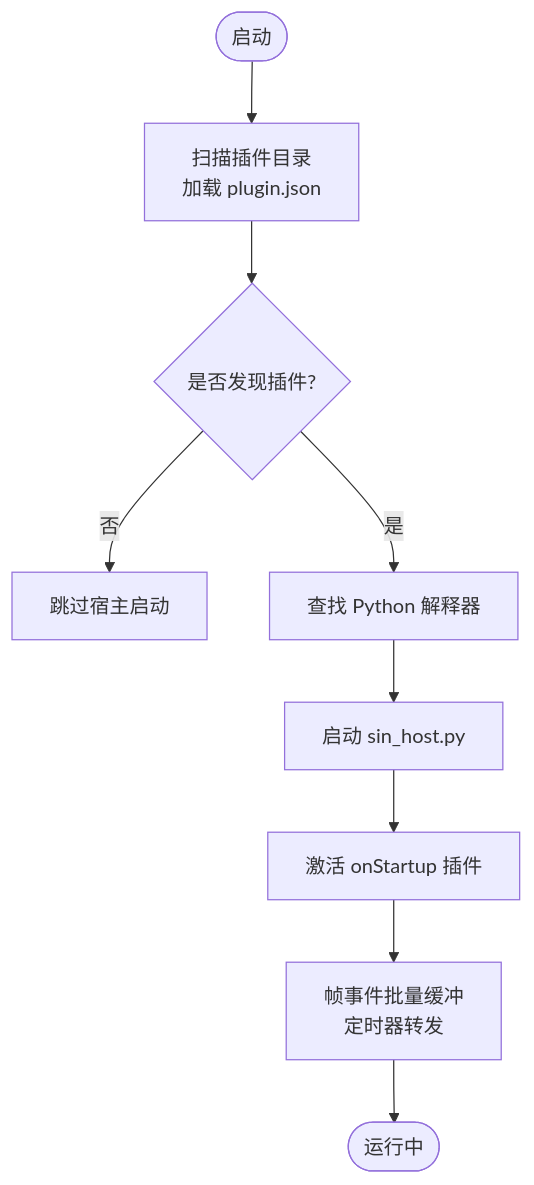
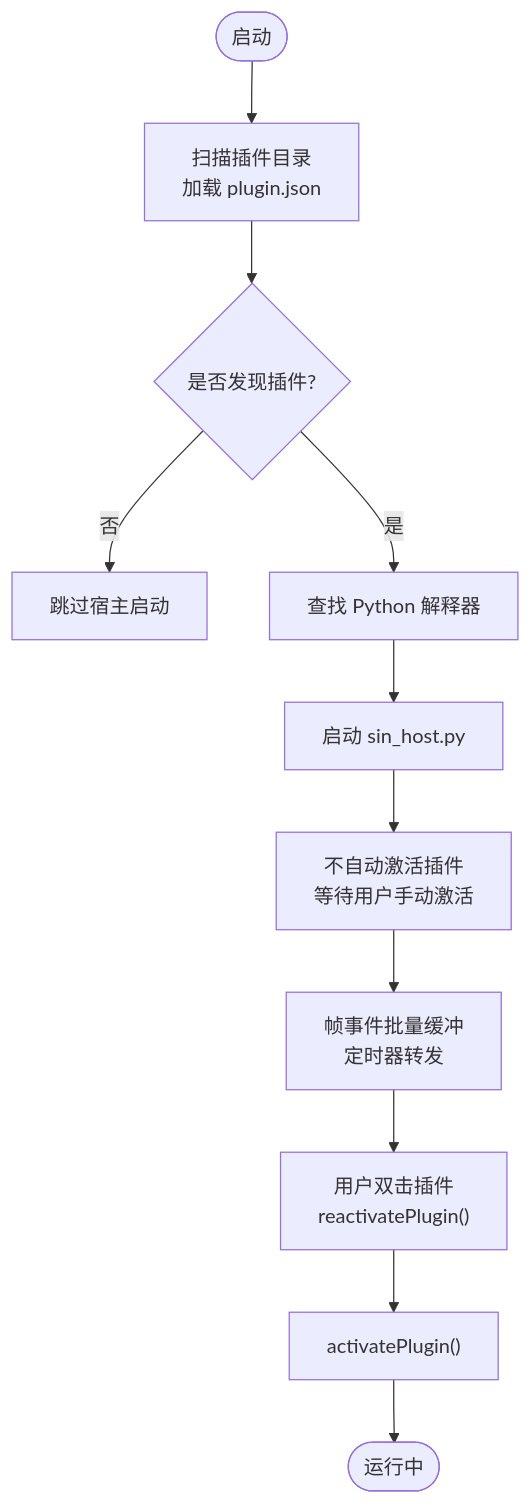
One commit to jakecai1225-design/OpenBus changed the fifth of 9 diagrams in .qoder/repowiki/zh/content/架构设计/插件系统架构/扩展面板系统.md. Above: the diagram before and after it, drawn with Mermaid. The commit also changed other lines of this file and 5 other files, not shown here.

````diff
--- a/.qoder/repowiki/zh/content/架构设计/插件系统架构/扩展面板系统.md
+++ b/.qoder/repowiki/zh/content/架构设计/插件系统架构/扩展面板系统.md
@@ -231,11 +244,13 @@
 ```mermaid
 flowchart TD
 Start(["启动"]) --> Discover["扫描插件目录<br/>加载 plugin.json"]
 Discover --> Init{"是否发现插件?"}
 Init -- 否 --> EndNo["跳过宿主启动"]
 Init -- 是 --> FindPy["查找 Python 解释器"]
 FindPy --> StartHost["启动 sin_host.py"]
-StartHost --> OnStartup["激活 onStartup 插件"]
+StartHost --> OnStartup["不自动激活插件<br/>等待用户手动激活"]
 OnStartup --> FrameLoop["帧事件批量缓冲<br/>定时器转发"]
-FrameLoop --> End(["运行中"])
+FrameLoop --> ManualActivate["用户双击插件<br/>reactivatePlugin()"]
+ManualActivate --> Activate["activatePlugin()"]
+Activate --> End(["运行中"])
 ```
````
